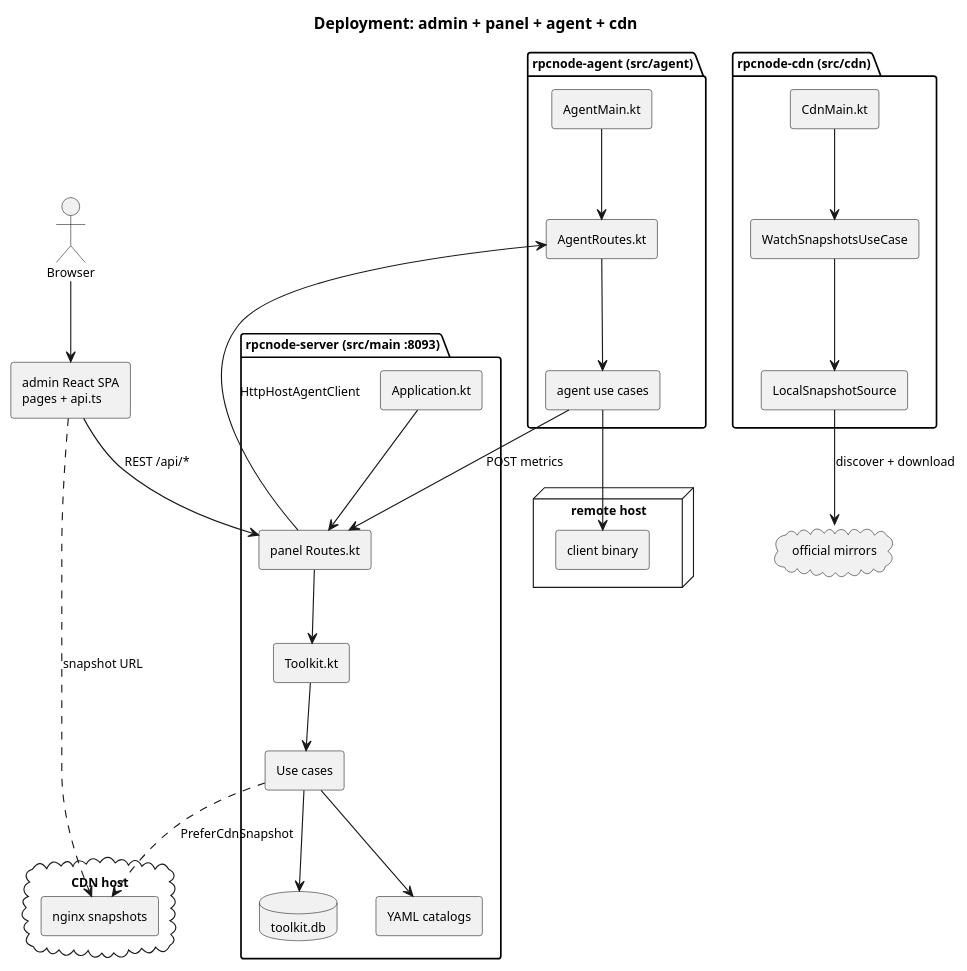
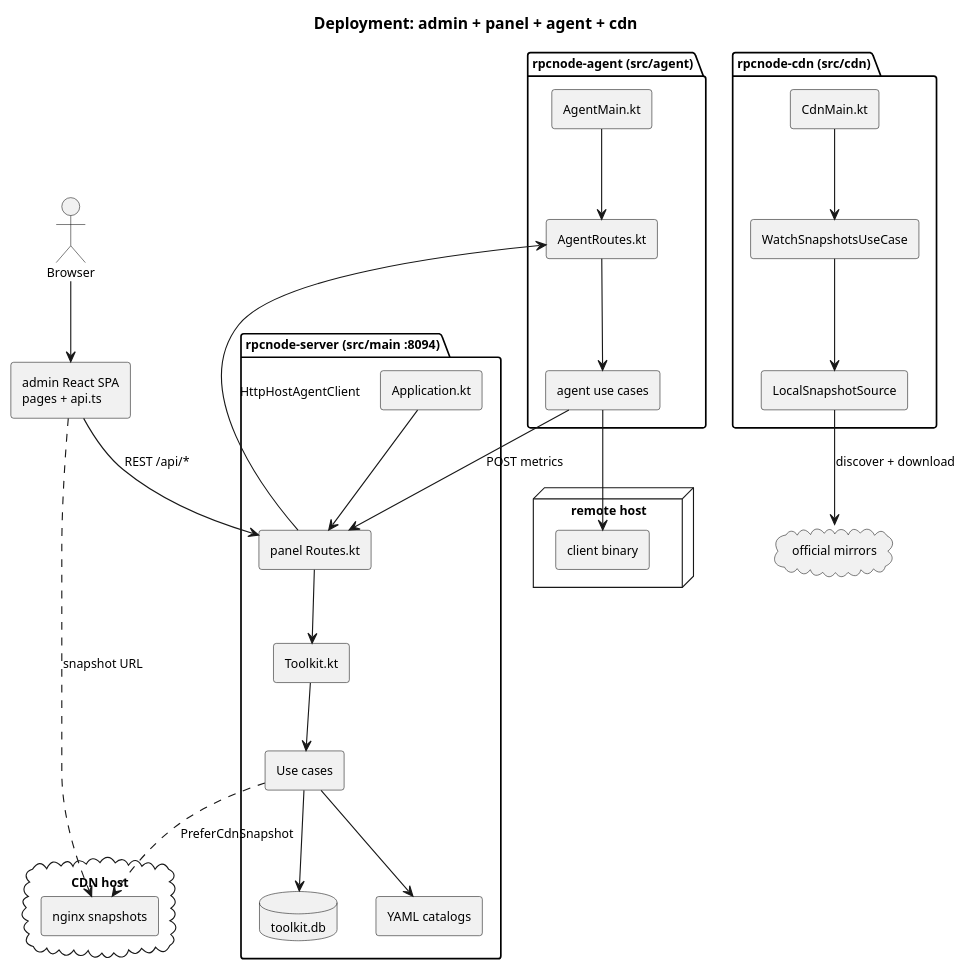
One commit to rpcnode/toolkit changed the first of 15 diagrams in app/docs/toolkit-architecture.puml. Above: the diagram before and after it, drawn with PlantUML. The commit also changed 47 other files, not shown here.

```diff
--- a/app/docs/toolkit-architecture.puml
+++ b/app/docs/toolkit-architecture.puml
@@ -5,63 +5,63 @@
 @startuml toolkit-deployment
 title Deployment: admin + panel + agent + cdn
 
 skinparam componentStyle rectangle
 skinparam shadowing false
 skinparam defaultFontSize 11
 
 actor Browser
 
 component "admin React SPA\npages + api.ts" as Admin
 
-package "rpcnode-server (src/main :8093)" {
+package "rpcnode-server (src/main :8094)" {
   component "Application.kt" as AppMain
   component "panel Routes.kt" as Routes
   component "Toolkit.kt" as Toolkit
   component "Use cases" as UseCases
   database "toolkit.db" as DB
   component "YAML catalogs" as Yaml
 }
 
 package "rpcnode-agent (src/agent)" {
   component "AgentMain.kt" as AgentMain
   component "AgentRoutes.kt" as AgentRoutes
   component "agent use cases" as AgentUC
 }
 
 package "rpcnode-cdn (src/cdn)" {
   component "CdnMain.kt" as CdnMain
   component "WatchSnapshotsUseCase" as WatchCdn
   component "LocalSnapshotSource" as LocalSrc
 }
 
 node "remote host" {
   component "client binary" as ClientBin
 }
 
 cloud "CDN host" {
   component "nginx snapshots" as Nginx
 }
 
 cloud "official mirrors" as Official
 
 AppMain --> Routes
 Routes --> Toolkit
 Toolkit --> UseCases
 UseCases --> DB
 UseCases --> Yaml
 
 AgentMain --> AgentRoutes
 AgentRoutes --> AgentUC
 CdnMain --> WatchCdn
 WatchCdn --> LocalSrc
 
 Browser --> Admin
 Admin --> Routes : REST /api/*
 AgentUC --> Routes : POST metrics
 Routes --> AgentRoutes : HttpHostAgentClient
 LocalSrc --> Official : discover + download
 AgentUC --> ClientBin
 UseCases ..> Nginx : PreferCdnSnapshot
 Admin ..> Nginx : snapshot URL
 
 @enduml
```
